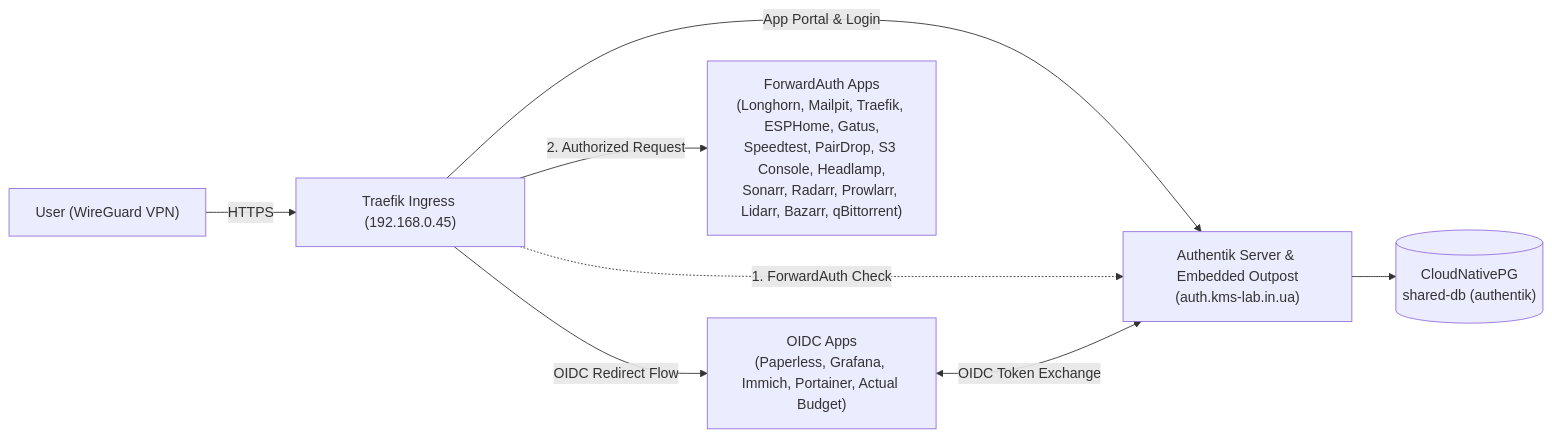
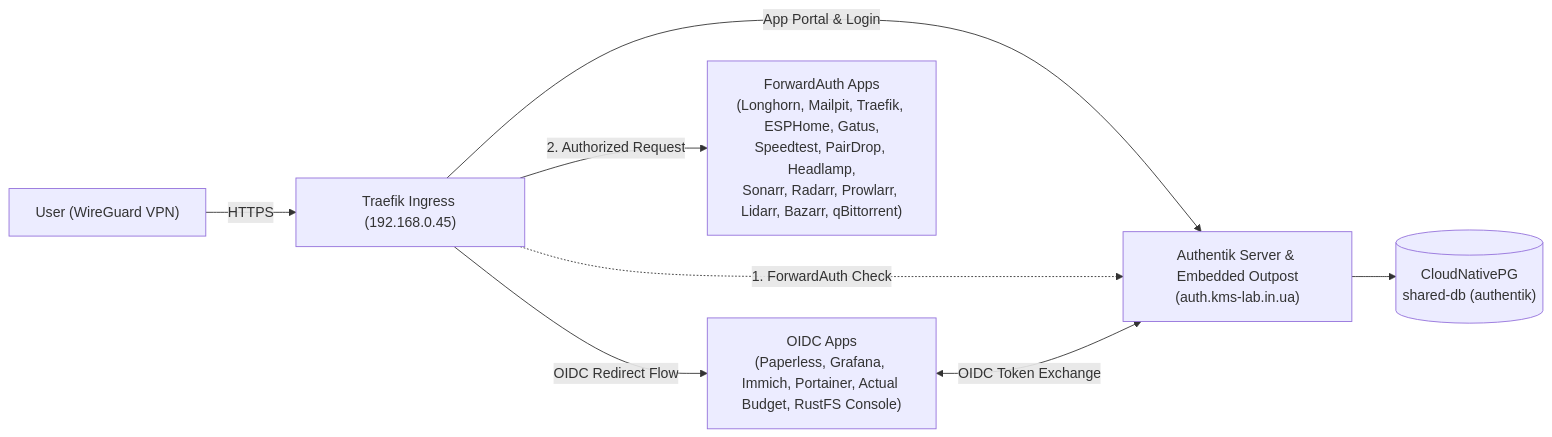
One commit to reidMaks/test changed the diagram in docs/architecture/039-authentik-sso-idp.md. Above: the diagram before and after it, drawn with Mermaid. The commit also changed other lines of this file and 10 other files, not shown here.

Commit message:
feat(sso,qnap): fix seamless SSO flows, declaratively tune qBittorrent, and manage Portainer stacks via Terraform

````diff
--- a/docs/architecture/039-authentik-sso-idp.md
+++ b/docs/architecture/039-authentik-sso-idp.md
@@ -31,17 +31,17 @@
 ```mermaid
 flowchart LR
     User["User (WireGuard VPN)"]
     Traefik["Traefik Ingress (192.168.0.45)"]
     Authentik["Authentik Server & Embedded Outpost\n(auth.kms-lab.in.ua)"]
     CNPG[("CloudNativePG\nshared-db (authentik)")]
-    OIDCApps["OIDC Apps\n(Paperless, Grafana, Immich, Portainer, Actual Budget)"]
-    ProxyApps["ForwardAuth Apps\n(Longhorn, Mailpit, Traefik, ESPHome, Gatus,\nSpeedtest, PairDrop, S3 Console, Headlamp,\nSonarr, Radarr, Prowlarr, Lidarr, Bazarr, qBittorrent)"]
+    OIDCApps["OIDC Apps\n(Paperless, Grafana, Immich, Portainer, Actual Budget, RustFS Console)"]
+    ProxyApps["ForwardAuth Apps\n(Longhorn, Mailpit, Traefik, ESPHome, Gatus,\nSpeedtest, PairDrop, Headlamp,\nSonarr, Radarr, Prowlarr, Lidarr, Bazarr, qBittorrent)"]
 
     User -->|HTTPS| Traefik
     Traefik -->|App Portal & Login| Authentik
     Authentik --> CNPG
     Traefik -.->|1. ForwardAuth Check| Authentik
     Traefik -->|2. Authorized Request| ProxyApps
     Traefik -->|OIDC Redirect Flow| OIDCApps
     OIDCApps <-->|OIDC Token Exchange| Authentik
 ```
````
